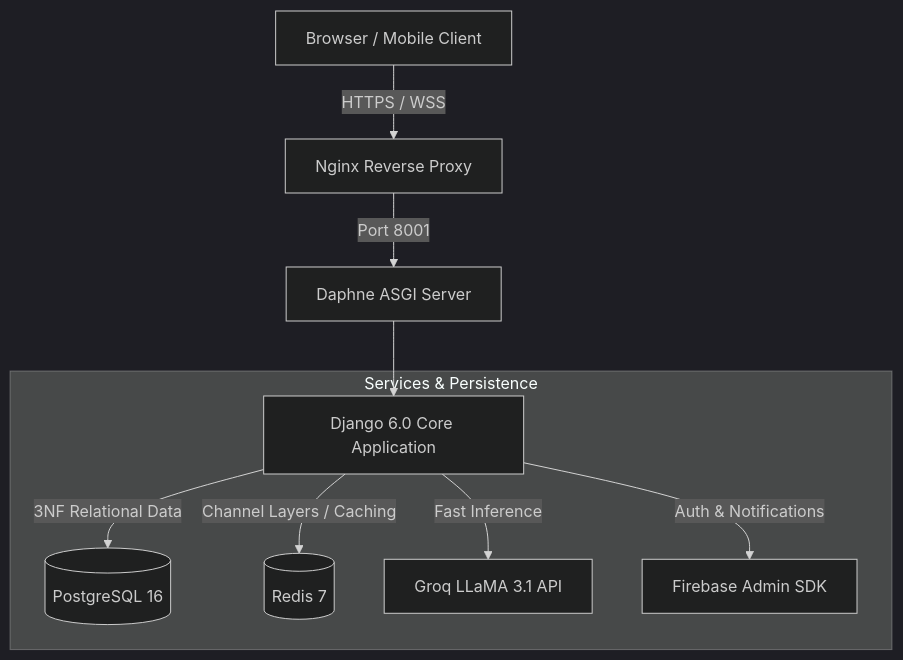
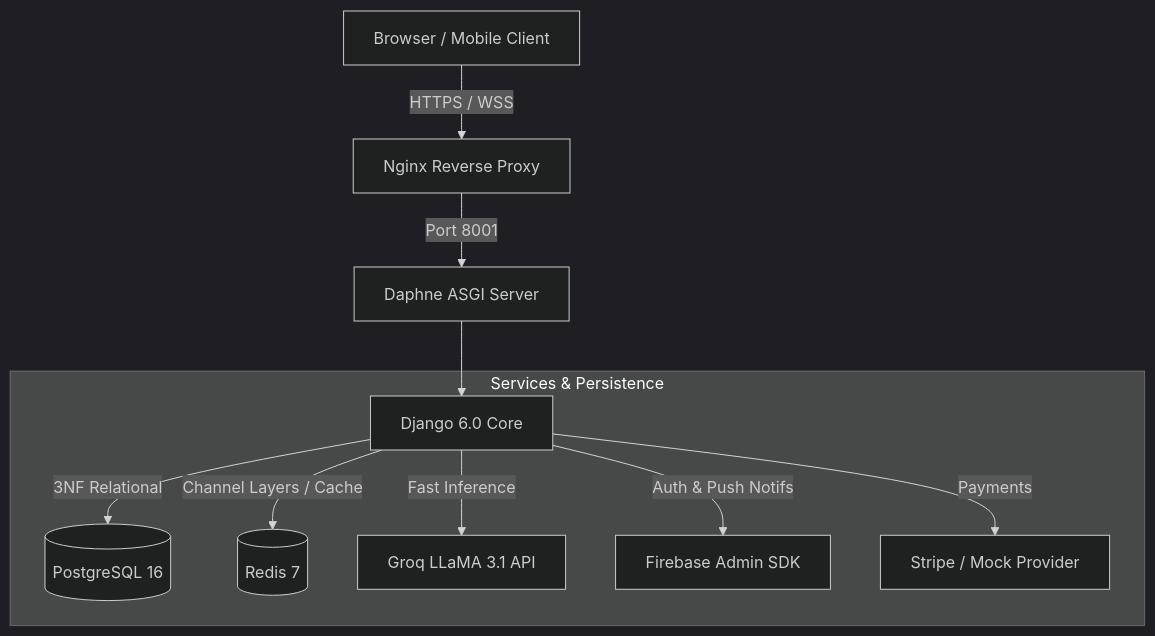
Before and after one commit to NobleSunil/TrashPort: the diagram in README.md, drawn with Mermaid (dark theme). The commit also changed other lines of this file and 9 other files, not shown here.

````diff
--- a/README.md
+++ b/README.md
@@ -42,13 +64,14 @@
 ```mermaid
 graph TD
     Client[Browser / Mobile Client] -->|HTTPS / WSS| Nginx[Nginx Reverse Proxy]
     Nginx -->|Port 8001| Daphne[Daphne ASGI Server]
-    Daphne --> Django[Django 6.0 Core Application]
-    
+    Daphne --> Django[Django 6.0 Core]
+
     subgraph Services & Persistence
-        Django -->|3NF Relational Data| Postgres[(PostgreSQL 16)]
-        Django -->|Channel Layers / Caching| Redis[(Redis 7)]
+        Django -->|3NF Relational| Postgres[(PostgreSQL 16)]
+        Django -->|Channel Layers / Cache| Redis[(Redis 7)]
         Django -->|Fast Inference| Groq[Groq LLaMA 3.1 API]
-        Django -->|Auth & Notifications| Firebase[Firebase Admin SDK]
+        Django -->|Auth & Push Notifs| Firebase[Firebase Admin SDK]
+        Django -->|Payments| Stripe[Stripe / Mock Provider]
     end
 ```
````
